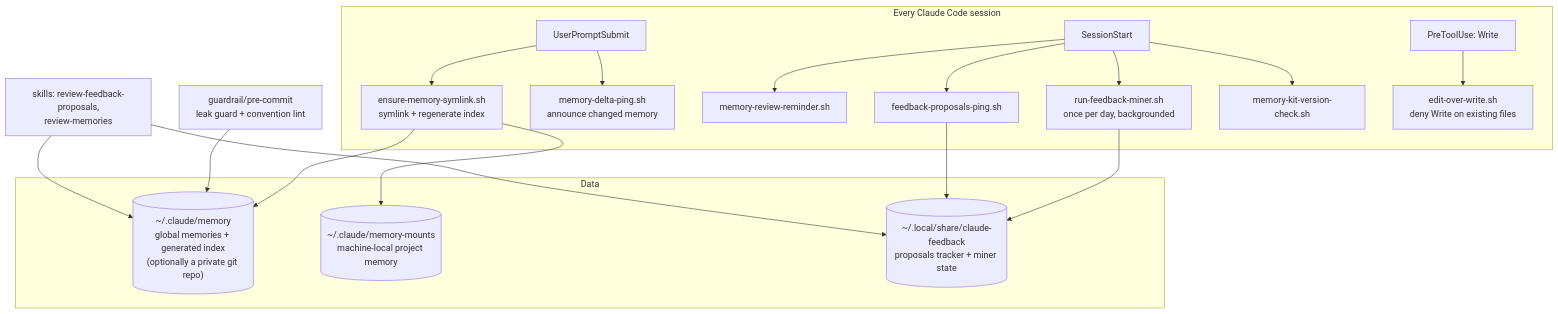
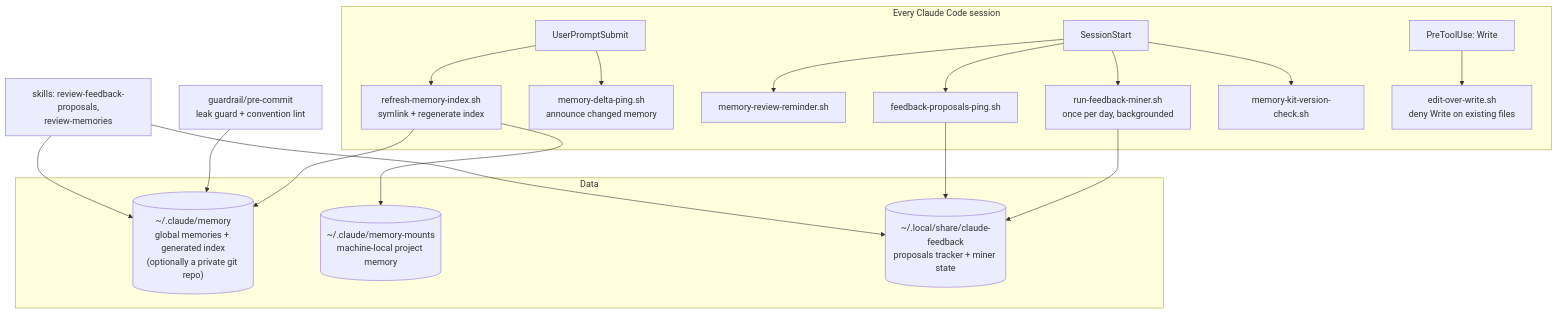
Before and after one commit to sabilmakbar/claude-memory-kit: the first of 3 diagrams in docs/FLOWS.md, drawn with Mermaid. The commit also changed 8 other files, not shown here.

````diff
--- a/docs/FLOWS.md
+++ b/docs/FLOWS.md
@@ -16,26 +16,26 @@
 ```mermaid
 flowchart TD
     subgraph session["Every Claude Code session"]
-        UPS[UserPromptSubmit] --> ENGINE[ensure-memory-symlink.sh<br/>symlink + regenerate index]
+        UPS[UserPromptSubmit] --> ENGINE[refresh-memory-index.sh<br/>symlink + regenerate index]
         UPS --> DELTA[memory-delta-ping.sh<br/>announce changed memory]
         SS[SessionStart] --> REMIND[memory-review-reminder.sh]
         SS --> PING[feedback-proposals-ping.sh]
         SS --> MINERRUN[run-feedback-miner.sh<br/>once per day, backgrounded]
         SS --> VCHECK[memory-kit-version-check.sh]
         PTU[PreToolUse: Write] --> EOW[edit-over-write.sh<br/>deny Write on existing files]
     end
 
     subgraph stores["Data"]
         MEM[("~/.claude/memory<br/>global memories + generated index<br/>(optionally a private git repo)")]
         MOUNTS[("~/.claude/memory-mounts<br/>machine-local project memory")]
         TRACKER[("~/.local/share/claude-feedback<br/>proposals tracker + miner state")]
     end
 
     ENGINE --> MEM
     ENGINE --> MOUNTS
     MINERRUN --> TRACKER
     PING --> TRACKER
     GUARD[guardrail/pre-commit<br/>leak guard + convention lint] --> MEM
     SKILLS[skills: review-feedback-proposals,<br/>review-memories] --> MEM
     SKILLS --> TRACKER
 ```
````
